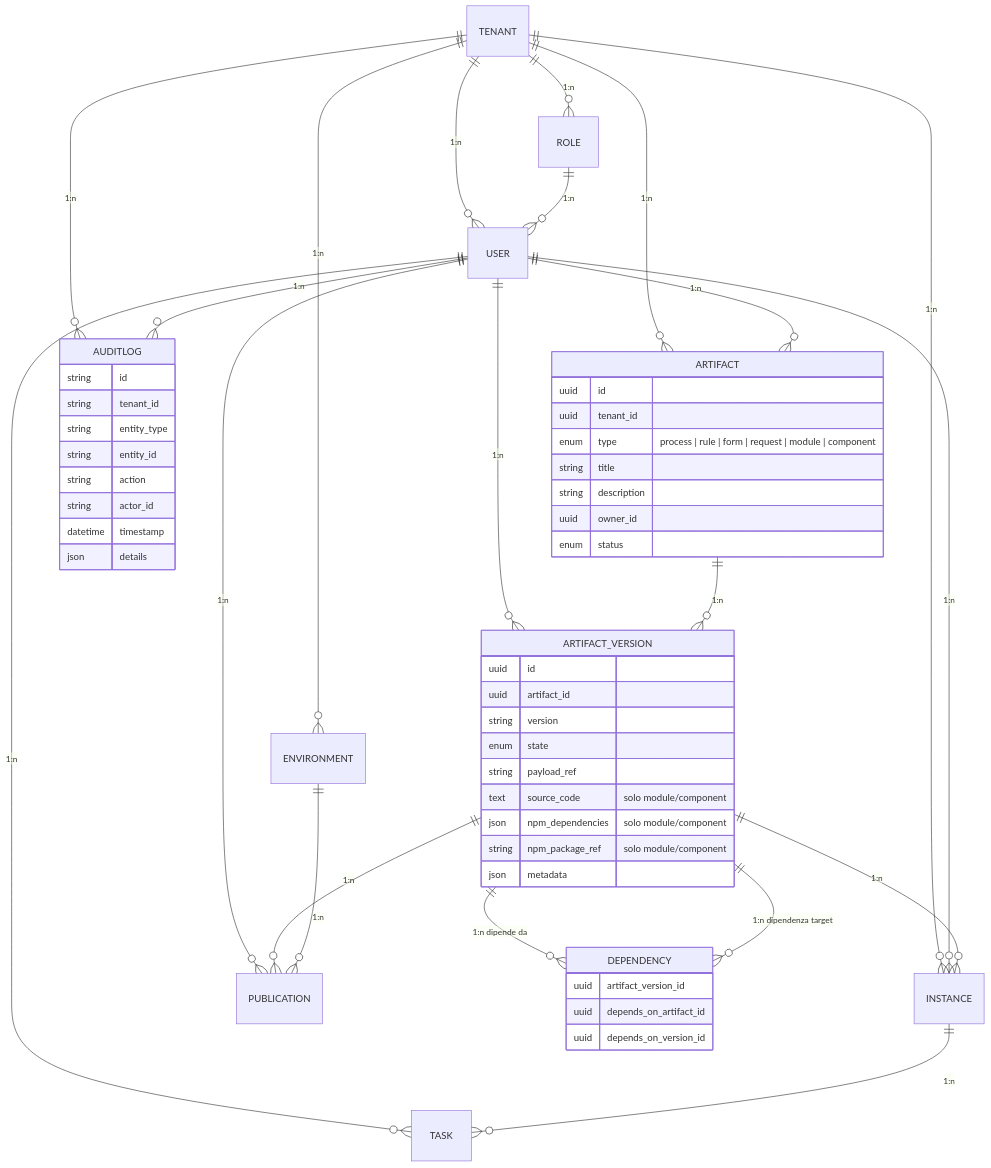
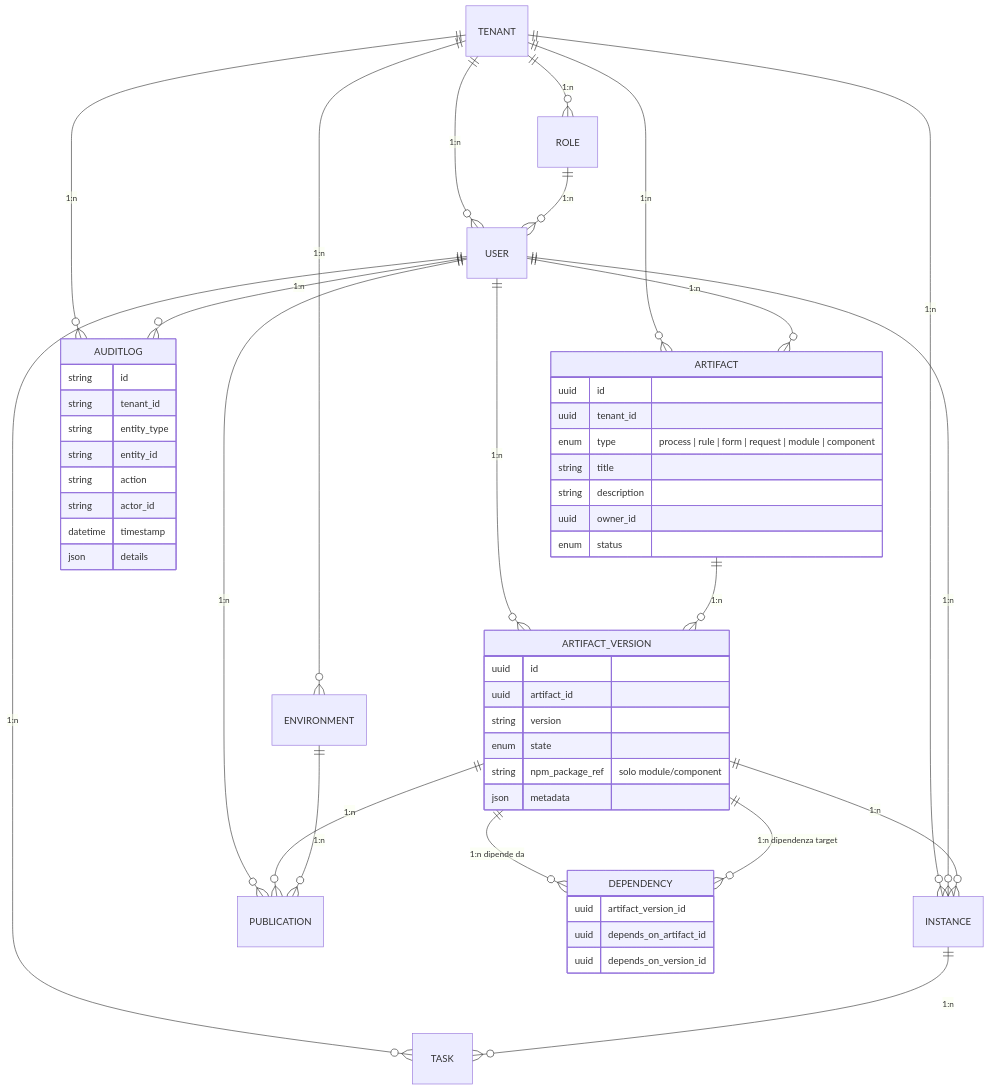
The diagram in documents/docs/phase0-data-model.md (pistillo/stillum-business-central), drawn with Mermaid before and after one commit. The commit also changed other lines of this file and 72 other files, not shown here.

````diff
--- a/documents/docs/phase0-data-model.md
+++ b/documents/docs/phase0-data-model.md
@@ -134,67 +131,64 @@
 ```mermaid
 erDiagram
     TENANT ||--o{ USER : "1:n"
     TENANT ||--o{ ROLE : "1:n"
     TENANT ||--o{ ARTIFACT : "1:n"
     TENANT ||--o{ ENVIRONMENT : "1:n"
     TENANT ||--o{ INSTANCE : "1:n"
     TENANT ||--o{ AUDITLOG : "1:n"
 
     ROLE ||--o{ USER : "1:n"
 
     USER ||--o{ ARTIFACT : "1:n"
     USER ||--o{ ARTIFACT_VERSION : "1:n"
     USER ||--o{ PUBLICATION : "1:n"
     USER ||--o{ INSTANCE : "1:n"
     USER ||--o{ TASK : "1:n"
     USER ||--o{ AUDITLOG : "1:n"
 
     ARTIFACT ||--o{ ARTIFACT_VERSION : "1:n"
     ARTIFACT {
         uuid id
         uuid tenant_id
         enum type "process | rule | form | request | module | component"
         string title
         string description
         uuid owner_id
         enum status
     }
 
     ARTIFACT_VERSION ||--o{ PUBLICATION : "1:n"
     ARTIFACT_VERSION ||--o{ INSTANCE : "1:n"
     ARTIFACT_VERSION ||--o{ DEPENDENCY : "1:n dipende da"
     ARTIFACT_VERSION {
         uuid id
         uuid artifact_id
         string version
         enum state
-        string payload_ref
-        text source_code "solo module/component"
-        json npm_dependencies "solo module/component"
         string npm_package_ref "solo module/component"
         json metadata
     }
 
     DEPENDENCY {
         uuid artifact_version_id
         uuid depends_on_artifact_id
         uuid depends_on_version_id
     }
 
     ARTIFACT_VERSION ||--o{ DEPENDENCY : "1:n dipendenza target"
 
     ENVIRONMENT ||--o{ PUBLICATION : "1:n"
 
     INSTANCE ||--o{ TASK : "1:n"
 
     AUDITLOG {
         string id
         string tenant_id
         string entity_type
         string entity_id
         string action
         string actor_id
         datetime timestamp
         json details
     }
 ```
````
